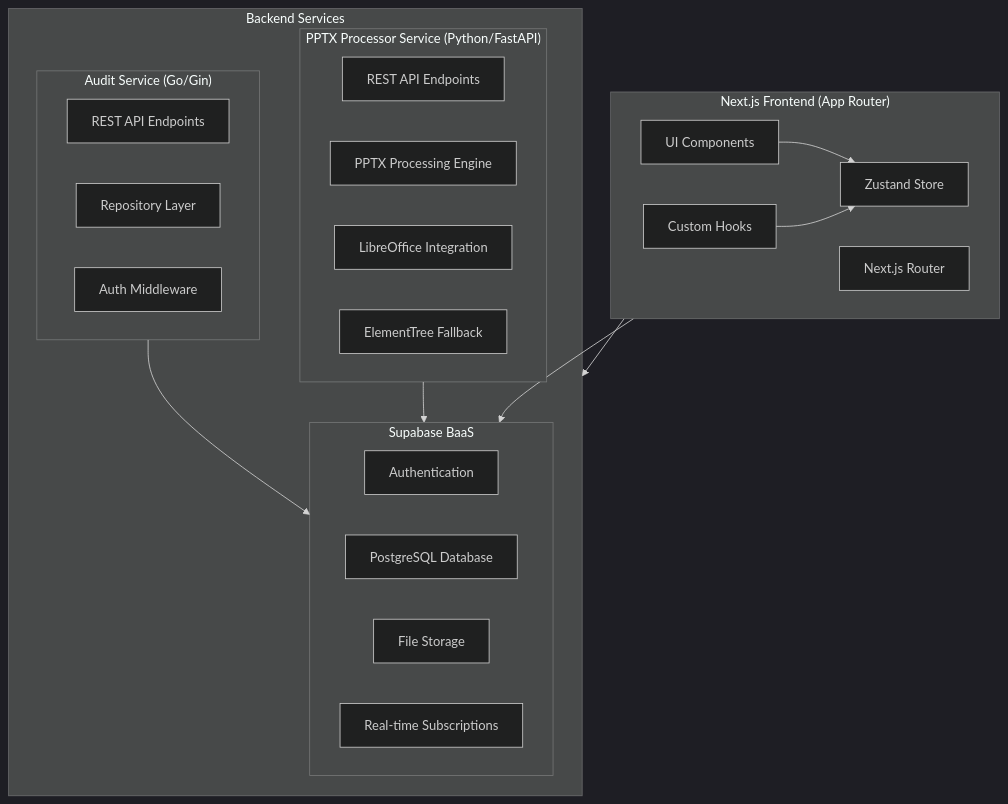
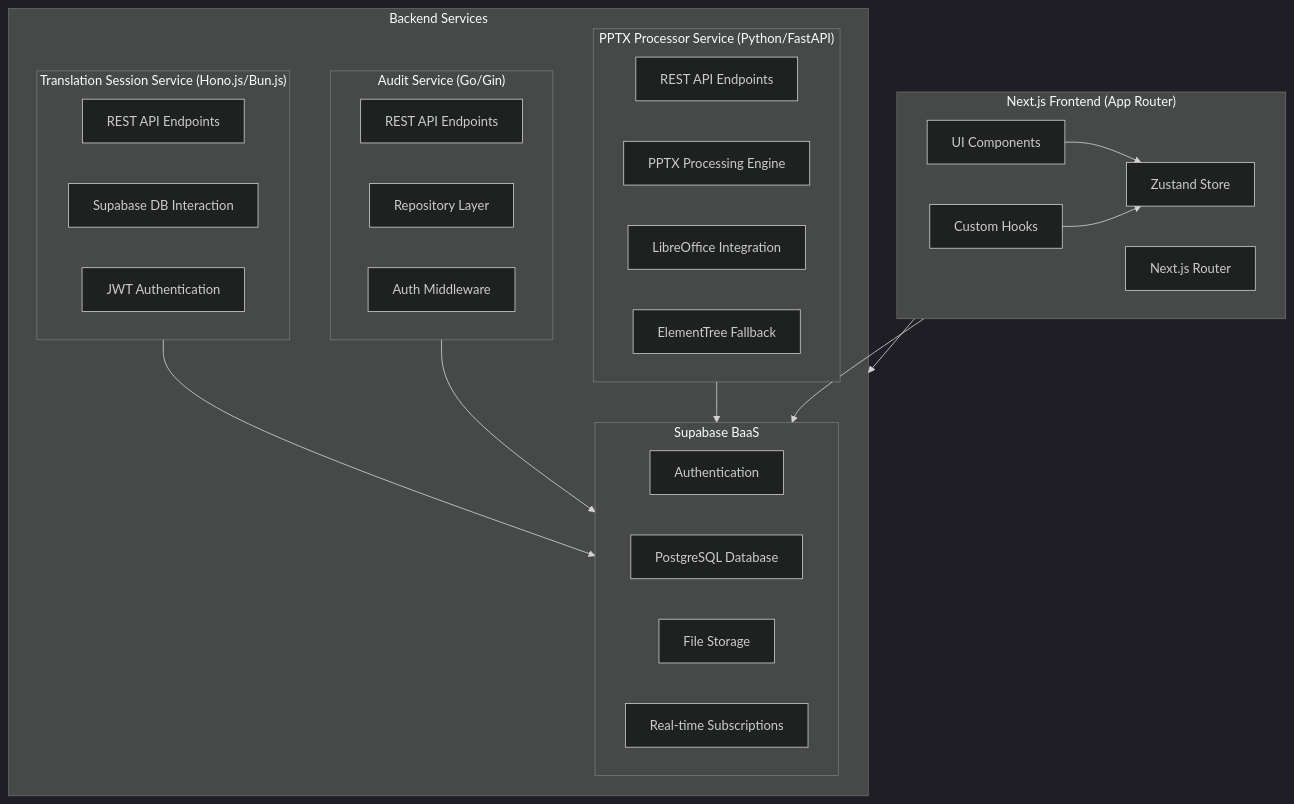
Before and after one commit to OmkarKirpan/pptxTrans: the first of 4 diagrams in memory-bank/systemPatterns.md, drawn with Mermaid (dark theme). The commit also changed other lines of this file and 50 other files, not shown here.

First line of the commit message:
Implement Translation Session Service and enhance Zustand store integration

````diff
--- a/memory-bank/systemPatterns.md
+++ b/memory-bank/systemPatterns.md
@@ -7,38 +7,45 @@
 ```mermaid
 flowchart TD
     subgraph Client ["Next.js Frontend (App Router)"]
         UI["UI Components"]
         Store["Zustand Store"]
         Hooks["Custom Hooks"]
         Router["Next.js Router"]
     end
     
     subgraph Backend ["Backend Services"]
         subgraph PPTXProcessor ["PPTX Processor Service (Python/FastAPI)"]
             PPTXEndpoints["REST API Endpoints"]
             ProcessingEngine["PPTX Processing Engine"]
             LibreOffice["LibreOffice Integration"]
             ElementTree["ElementTree Fallback"]
         end
         
         subgraph AuditService ["Audit Service (Go/Gin)"]
             AuditEndpoints["REST API Endpoints"]
             AuditRepo["Repository Layer"]
             AuthMiddleware["Auth Middleware"]
         end
         
+        subgraph TranslationSessionService ["Translation Session Service (Hono.js/Bun.js)"]
+            TSS_API["REST API Endpoints"]
+            TSS_DB["Supabase DB Interaction"]
+            TSS_Auth["JWT Authentication"]
+        end
+        
         subgraph Supabase ["Supabase BaaS"]
             Auth["Authentication"]
             DB["PostgreSQL Database"]
             Storage["File Storage"]
             RealTime["Real-time Subscriptions"]
         end
     end
     
     Client --> Backend
     UI --> Store
     Hooks --> Store
     PPTXProcessor --> Supabase
     AuditService --> Supabase
+    TranslationSessionService --> Supabase
     Client --> Supabase
 ```
````
